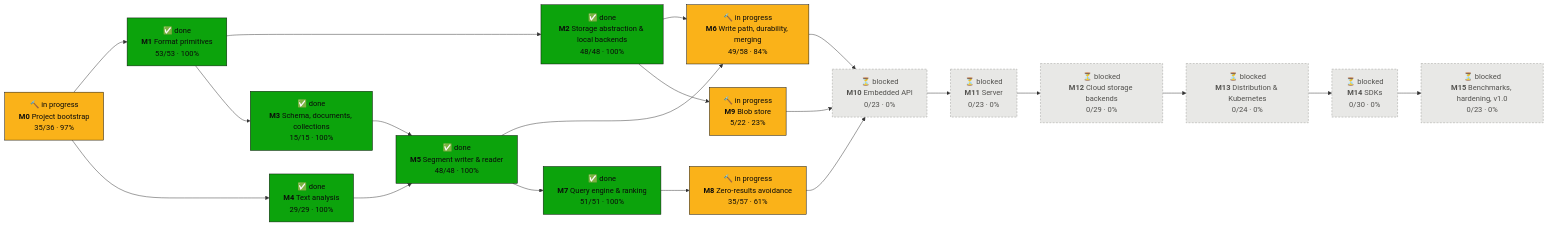
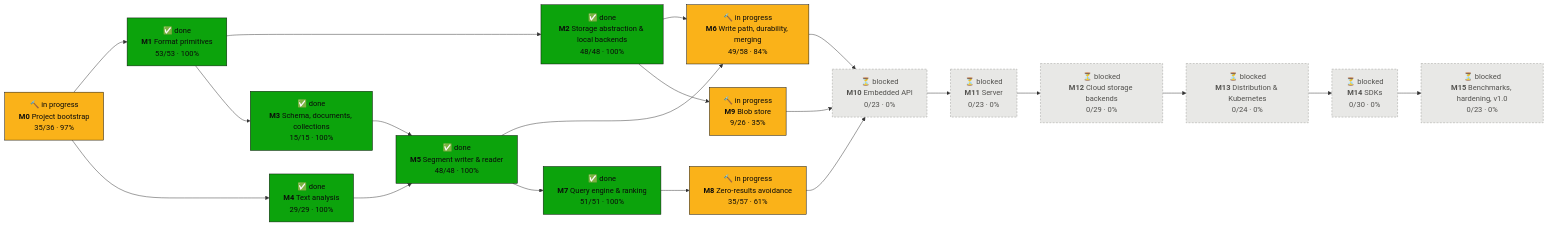
The first of 2 diagrams in PROGRESS.md (tomiok/persiaDB), drawn with Mermaid before and after one commit. The commit also changed other lines of this file and 16 other files, not shown here.

First line of the commit message:
fix(blob): review fix-ups for the remote layout; SPEC, ADR and ROADMAP (ROADMAP 9.3, 9.5.5)

````diff
--- a/PROGRESS.md
+++ b/PROGRESS.md
@@ -16,42 +16,42 @@
 ```mermaid
 flowchart LR
   M0["🔨 in progress<br/><b>M0</b> Project bootstrap<br/>35/36 · 97%"]:::doing
   M1["✅ done<br/><b>M1</b> Format primitives<br/>53/53 · 100%"]:::done
   M2["✅ done<br/><b>M2</b> Storage abstraction & local backends<br/>48/48 · 100%"]:::done
   M3["✅ done<br/><b>M3</b> Schema, documents, collections<br/>15/15 · 100%"]:::done
   M4["✅ done<br/><b>M4</b> Text analysis<br/>29/29 · 100%"]:::done
   M5["✅ done<br/><b>M5</b> Segment writer & reader<br/>48/48 · 100%"]:::done
   M6["🔨 in progress<br/><b>M6</b> Write path, durability, merging<br/>49/58 · 84%"]:::doing
   M7["✅ done<br/><b>M7</b> Query engine & ranking<br/>51/51 · 100%"]:::done
   M8["🔨 in progress<br/><b>M8</b> Zero-results avoidance<br/>35/57 · 61%"]:::doing
-  M9["🔨 in progress<br/><b>M9</b> Blob store<br/>5/22 · 23%"]:::doing
+  M9["🔨 in progress<br/><b>M9</b> Blob store<br/>9/26 · 35%"]:::doing
   M10["⏳ blocked<br/><b>M10</b> Embedded API<br/>0/23 · 0%"]:::blocked
   M11["⏳ blocked<br/><b>M11</b> Server<br/>0/23 · 0%"]:::blocked
   M12["⏳ blocked<br/><b>M12</b> Cloud storage backends<br/>0/29 · 0%"]:::blocked
   M13["⏳ blocked<br/><b>M13</b> Distribution & Kubernetes<br/>0/24 · 0%"]:::blocked
   M14["⏳ blocked<br/><b>M14</b> SDKs<br/>0/30 · 0%"]:::blocked
   M15["⏳ blocked<br/><b>M15</b> Benchmarks, hardening, v1.0<br/>0/23 · 0%"]:::blocked
   M0 --> M1
   M1 --> M2
   M1 --> M3
   M0 --> M4
   M3 --> M5
   M4 --> M5
   M2 --> M6
   M5 --> M6
   M5 --> M7
   M7 --> M8
   M2 --> M9
   M6 --> M10
   M8 --> M10
   M9 --> M10
   M10 --> M11
   M11 --> M12
   M12 --> M13
   M13 --> M14
   M14 --> M15
   classDef done fill:#0ca30c,stroke:#0b0b0b,color:#0b0b0b
   classDef doing fill:#fab219,stroke:#0b0b0b,color:#0b0b0b
   classDef ready fill:#fcfcfb,stroke:#0b0b0b,stroke-width:2px,color:#0b0b0b
   classDef blocked fill:#e8e8e6,stroke:#9a9a96,stroke-dasharray:4 3,color:#52514e
 ```
````
